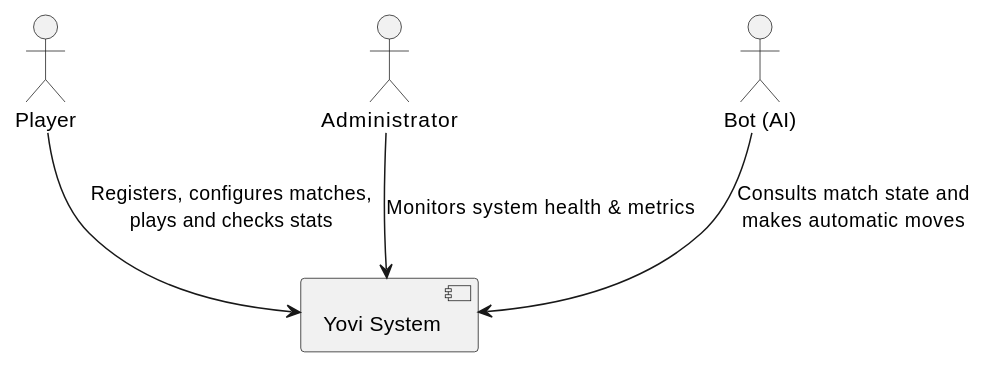
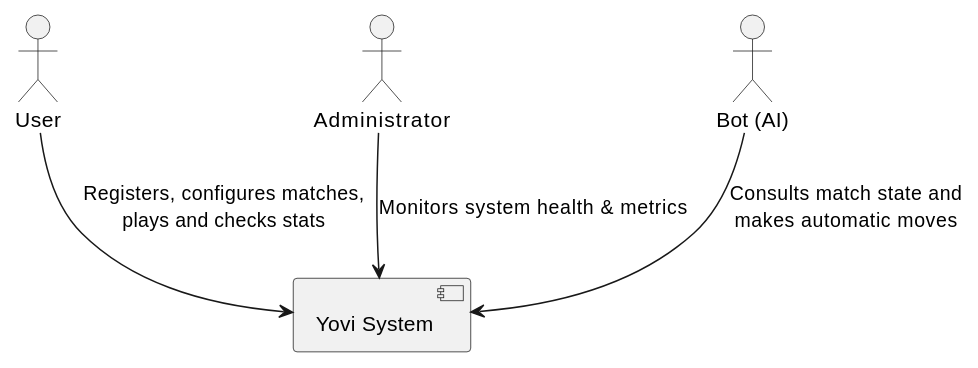
One commit to Arquisoft/yovi_es1a changed the first of 2 diagrams in docs/src/03_context_and_scope.adoc. Above: the diagram before and after it, drawn with PlantUML. The commit also changed other lines of this file, not shown here.

```diff
--- a/docs/src/03_context_and_scope.adoc
+++ b/docs/src/03_context_and_scope.adoc
@@ -39,17 +39,17 @@
 [plantuml]
 ----
 @startuml
 skinparam componentStyle uml2
 
-actor "Player" as player
+actor "User" as user
 actor "Administrator" as admin
 actor "Bot (AI)" as bot
 
 component  "Yovi System" as yovi
 
-player --> yovi : Registers, configures matches,\nplays and checks stats
+user --> yovi : Registers, configures matches,\nplays and checks stats
 admin --> yovi : Monitors system health & metrics
 bot --> yovi : Consults match state and\nmakes automatic moves
 
 @enduml
 ----
```
